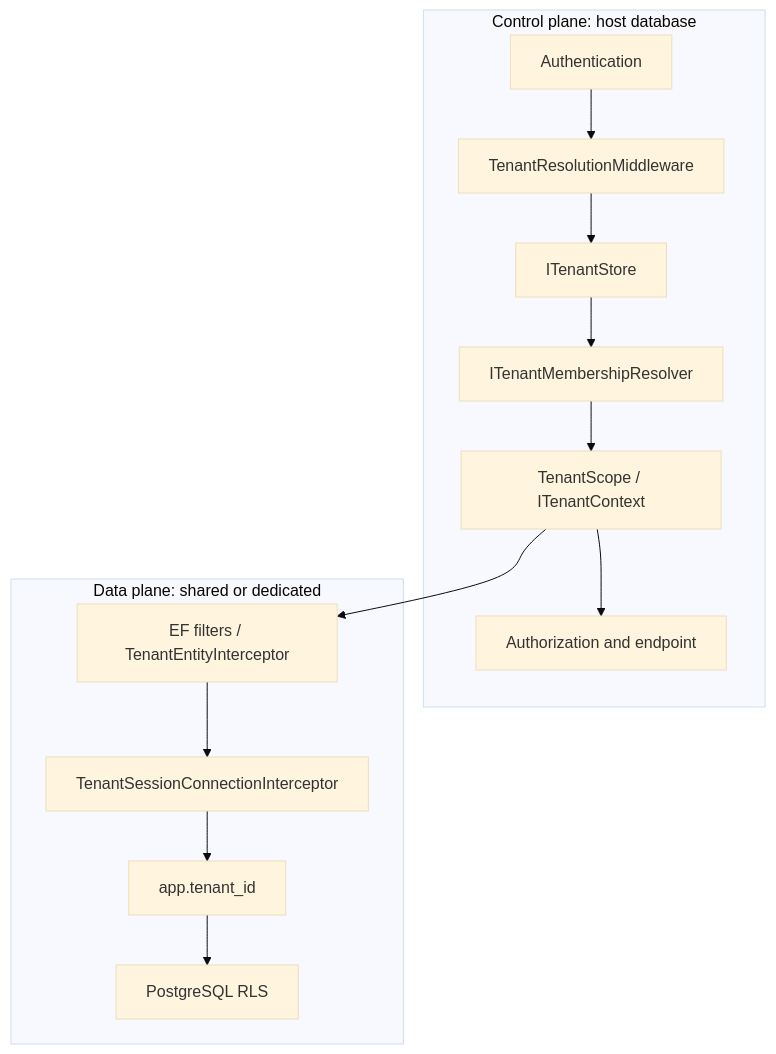
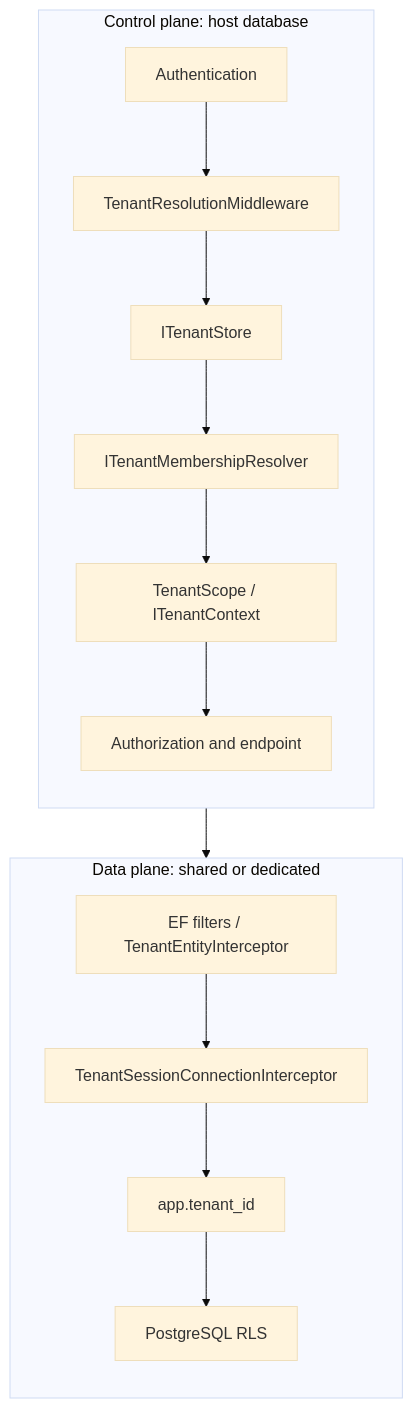
The first of 5 diagrams in wiki/MultiTenancy/Overview.md (mhasabalah/StarterKit), drawn with Mermaid (base theme) before and after one commit. The commit also changed other lines of this file and 152 other files, not shown here.

Commit message:
feat(docs): add Fumadocs V2 and standardize diagrams

````diff
--- a/wiki/MultiTenancy/Overview.md
+++ b/wiki/MultiTenancy/Overview.md
@@ -55,16 +55,23 @@
 ```mermaid
 flowchart TB
+  accTitle: Resolution and data access
+  accDescr: Tenant resolution establishes the context used by application and database isolation.
   subgraph Control[Control plane: host database]
+    direction TB
     A[Authentication] --> R[TenantResolutionMiddleware]
     R --> S[ITenantStore]
     S --> M[ITenantMembershipResolver]
     M --> T[TenantScope / ITenantContext]
     T --> Z[Authorization and endpoint]
   end
   subgraph Data[Data plane: shared or dedicated]
+    direction TB
     T --> F[EF filters / TenantEntityInterceptor]
     F --> I[TenantSessionConnectionInterceptor]
     I --> V[app.tenant_id]
     V --> P[PostgreSQL RLS]
   end
+  class A,R,Z api
+  class S,M,T application
+  class F,I,V,P infrastructure
 ```
````
